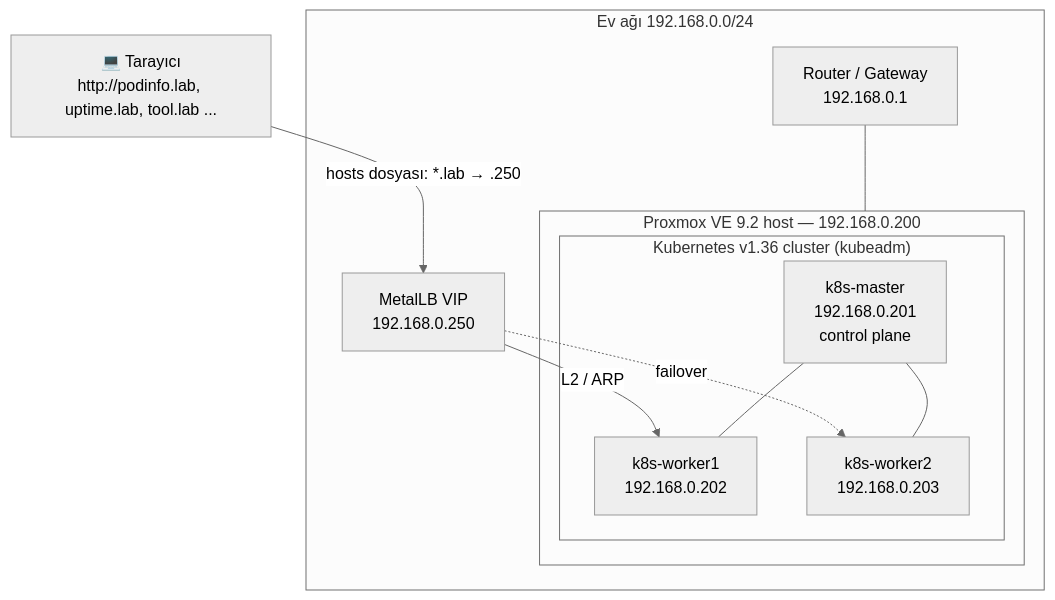
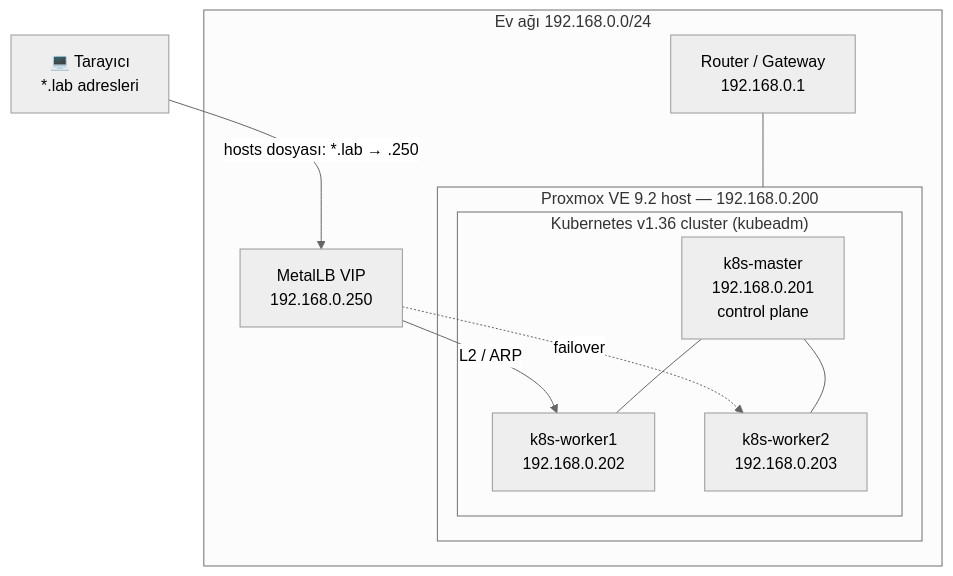
One commit to umuttvar/homelab-k8s changed the first of 3 diagrams in README.tr.md. Above: the diagram before and after it, drawn with Mermaid (neutral theme). The commit also changed other lines of this file and 10 other files, not shown here.

````diff
--- a/README.tr.md
+++ b/README.tr.md
@@ -24,25 +36,25 @@
 ```mermaid
 flowchart TB
-    browser["💻 Tarayıcı<br/>http://podinfo.lab, uptime.lab, tool.lab ..."]
+    browser["💻 Tarayıcı<br/>*.lab adresleri"]
 
     subgraph home["Ev ağı 192.168.0.0/24"]
         router["Router / Gateway<br/>192.168.0.1"]
 
         subgraph pve["Proxmox VE 9.2 host — 192.168.0.200"]
             subgraph k8s["Kubernetes v1.36 cluster (kubeadm)"]
                 master["k8s-master<br/>192.168.0.201<br/>control plane"]
                 w1["k8s-worker1<br/>192.168.0.202"]
                 w2["k8s-worker2<br/>192.168.0.203"]
             end
         end
 
         vip["MetalLB VIP<br/>192.168.0.250"]
     end
 
     browser -->|"hosts dosyası: *.lab → .250"| vip
     vip -->|"L2 / ARP"| w1
     vip -.->|"failover"| w2
     master --- w1
     master --- w2
     router --- pve
 ```
````
